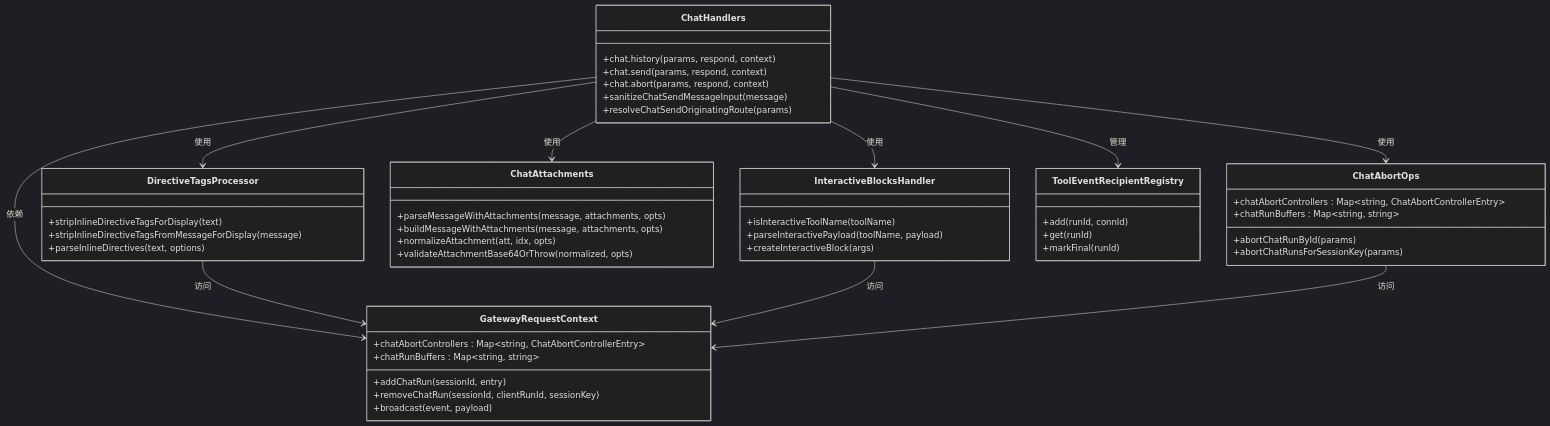
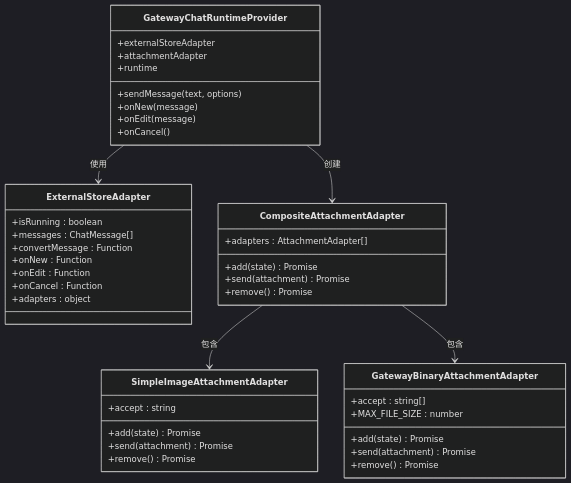
Before and after one commit to verse-ai-org/openclaw: the fourth of 36 diagrams in .qoder/repowiki/zh/content/Web界面/WebChat界面/聊天运行时提供者增强/聊天运行时提供者增强.md, drawn with Mermaid (dark theme). The commit also changed other lines of this file and 20 other files, not shown here.

````diff
--- a/.qoder/repowiki/zh/content/Web界面/WebChat界面/聊天运行时提供者增强/聊天运行时提供者增强.md
+++ b/.qoder/repowiki/zh/content/Web界面/WebChat界面/聊天运行时提供者增强/聊天运行时提供者增强.md
@@ -347,53 +331,44 @@
 ```mermaid
 classDiagram
-class ChatHandlers {
-+chat.history(params, respond, context)
-+chat.send(params, respond, context)
-+chat.abort(params, respond, context)
-+sanitizeChatSendMessageInput(message)
-+resolveChatSendOriginatingRoute(params)
+class GatewayChatRuntimeProvider {
++sendMessage(text, options)
++onNew(message)
++onEdit(message)
++onCancel()
++externalStoreAdapter
++attachmentAdapter
++runtime
 }
-class DirectiveTagsProcessor {
-+stripInlineDirectiveTagsForDisplay(text)
-+stripInlineDirectiveTagsFromMessageForDisplay(message)
-+parseInlineDirectives(text, options)
+class ExternalStoreAdapter {
++isRunning : boolean
++messages : ChatMessage[]
++convertMessage : Function
++onNew : Function
++onEdit : Function
++onCancel : Function
++adapters : object
 }
-class InteractiveBlocksHandler {
-+isInteractiveToolName(toolName)
-+parseInteractivePayload(toolName, payload)
-+createInteractiveBlock(args)
+class CompositeAttachmentAdapter {
++adapters : AttachmentAdapter[]
++add(state) Promise
++send(attachment) Promise
++remove() Promise
 }
-class ChatAttachments {
-+parseMessageWithAttachments(message, attachments, opts)
-+buildMessageWithAttachments(message, attachments, opts)
-+normalizeAttachment(att, idx, opts)
-+validateAttachmentBase64OrThrow(normalized, opts)
+class SimpleImageAttachmentAdapter {
++accept : string
++add(state) Promise
++send(attachment) Promise
++remove() Promise
 }
-class ChatAbortOps {
-+chatAbortControllers : Map~string, ChatAbortControllerEntry~
-+chatRunBuffers : Map~string, string~
-+abortChatRunById(params)
-+abortChatRunsForSessionKey(params)
+class GatewayBinaryAttachmentAdapter {
++accept : string[]
++MAX_FILE_SIZE : number
++add(state) Promise
++send(attachment) Promise
++remove() Promise
 }
-class GatewayRequestContext {
-+chatAbortControllers : Map~string, ChatAbortControllerEntry~
-+chatRunBuffers : Map~string, string~
-+addChatRun(sessionId, entry)
-+removeChatRun(sessionId, clientRunId, sessionKey)
-+broadcast(event, payload)
-}
-class ToolEventRecipientRegistry {
-+add(runId, connId)
-+get(runId)
-+markFinal(runId)
-}
-ChatHandlers --> DirectiveTagsProcessor : 使用
-ChatHandlers --> InteractiveBlocksHandler : 使用
-ChatHandlers --> ChatAttachments : 使用
-ChatHandlers --> ChatAbortOps : 使用
-ChatHandlers --> GatewayRequestContext : 依赖
-ChatHandlers --> ToolEventRecipientRegistry : 管理
-DirectiveTagsProcessor --> GatewayRequestContext : 访问
-InteractiveBlocksHandler --> GatewayRequestContext : 访问
-ChatAbortOps --> GatewayRequestContext : 访问
+GatewayChatRuntimeProvider --> ExternalStoreAdapter : 使用
+GatewayChatRuntimeProvider --> CompositeAttachmentAdapter : 创建
+CompositeAttachmentAdapter --> SimpleImageAttachmentAdapter : 包含
+CompositeAttachmentAdapter --> GatewayBinaryAttachmentAdapter : 包含
 ```
````
